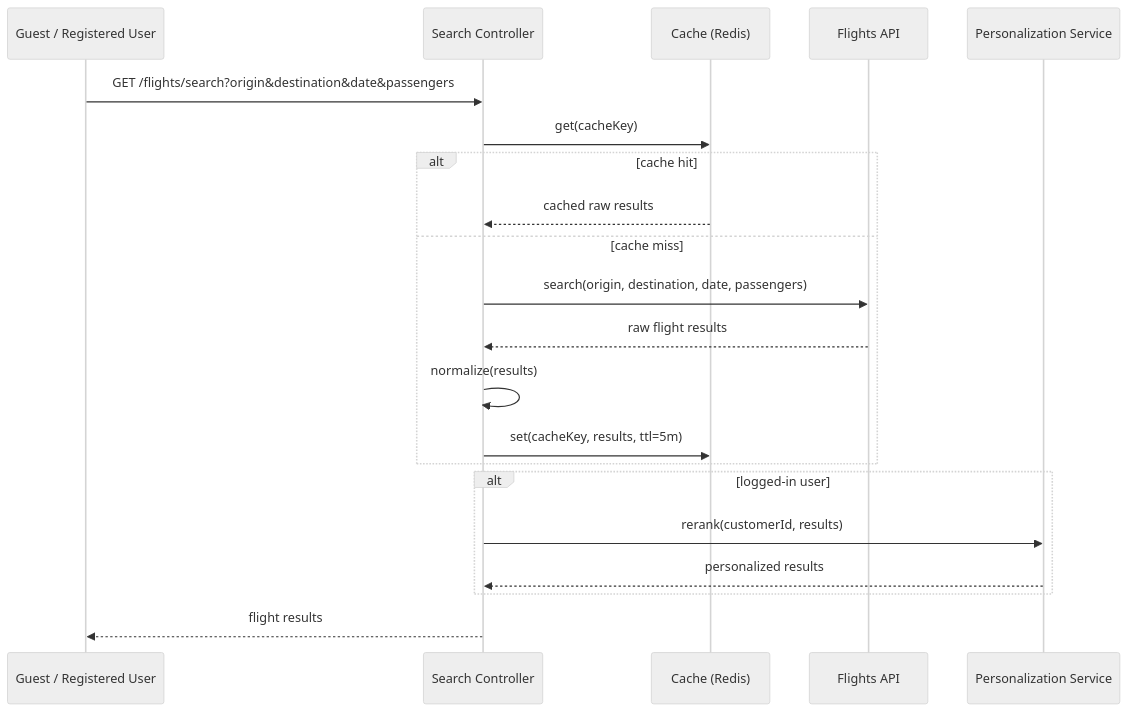
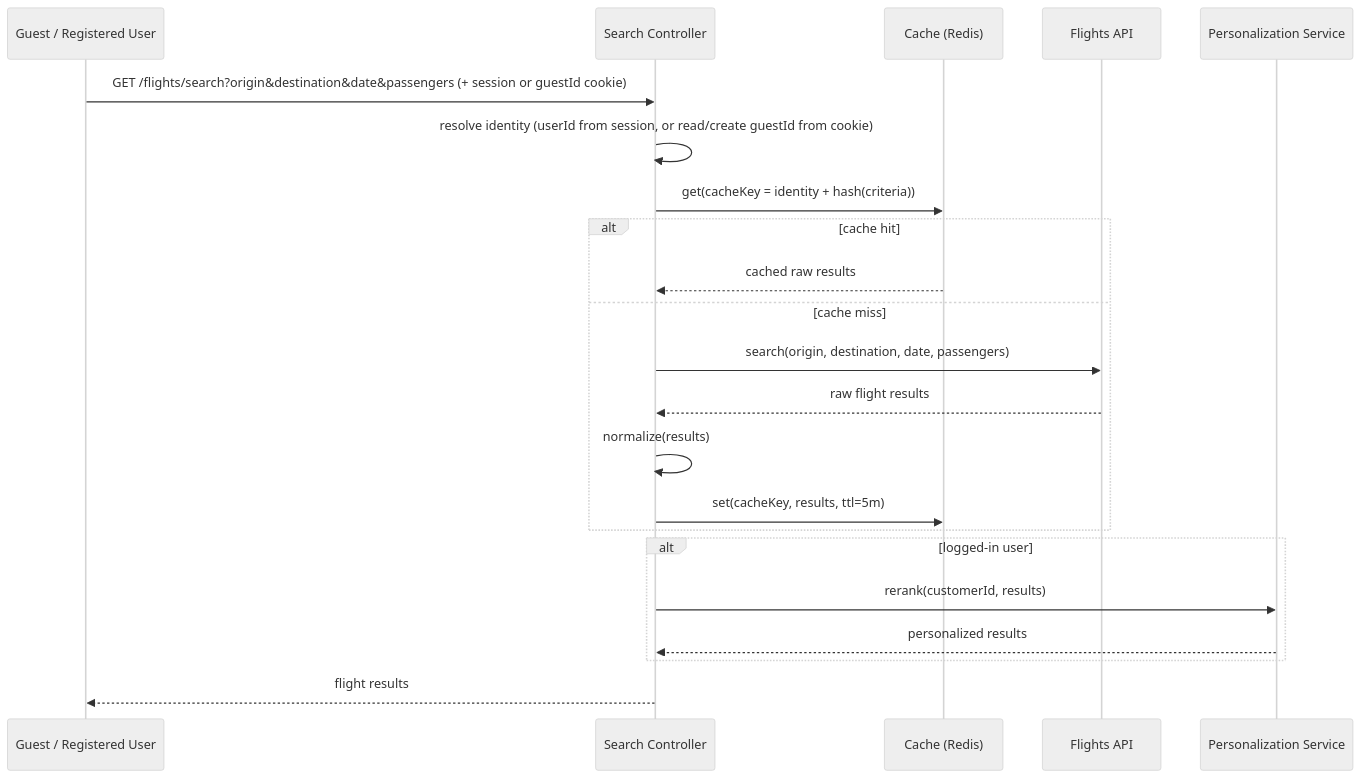
Before and after one commit to Backend-Mentor-ORG/booking: the second of 3 diagrams in diagrams/UC-03-search-flights.md, drawn with Mermaid (neutral theme). The commit also changed other lines of this file and 5 other files, not shown here.

First line of the commit message:
Sync UC diagrams with the compound cache key and travellers JSONB decisions

````diff
--- a/diagrams/UC-03-search-flights.md
+++ b/diagrams/UC-03-search-flights.md
@@ -27,24 +31,25 @@
 ```mermaid
 sequenceDiagram
   participant U as Guest / Registered User
   participant API as Search Controller
   participant Cache as Cache (Redis)
   participant Ext as Flights API
   participant P as Personalization Service
 
-  U->>API: GET /flights/search?origin&destination&date&passengers
-  API->>Cache: get(cacheKey)
+  U->>API: GET /flights/search?origin&destination&date&passengers (+ session or guestId cookie)
+  API->>API: resolve identity (userId from session, or read/create guestId from cookie)
+  API->>Cache: get(cacheKey = identity + hash(criteria))
   alt cache hit
     Cache-->>API: cached raw results
   else cache miss
     API->>Ext: search(origin, destination, date, passengers)
     Ext-->>API: raw flight results
     API->>API: normalize(results)
     API->>Cache: set(cacheKey, results, ttl=5m)
   end
   alt logged-in user
     API->>P: rerank(customerId, results)
     P-->>API: personalized results
   end
   API-->>U: flight results
 ```
````
